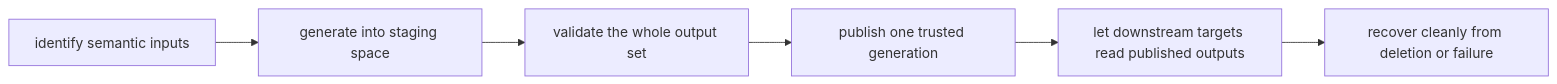
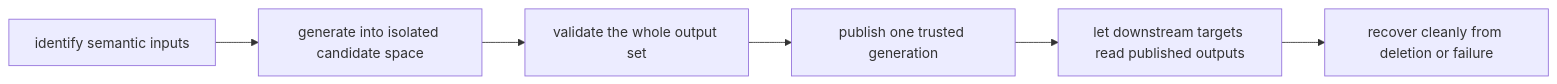
Before and after one commit to bijux/bijux-masterclass: the first of 2 diagrams in programs/reproducible-research/deep-dive-make/course-book/module-06-generated-files-multi-output-pipeline-boundaries/exercises.md, drawn with Mermaid. The commit also changed other lines of this file, not shown here.

````diff
--- a/programs/reproducible-research/deep-dive-make/course-book/module-06-generated-files-multi-output-pipeline-boundaries/exercises.md
+++ b/programs/reproducible-research/deep-dive-make/course-book/module-06-generated-files-multi-output-pipeline-boundaries/exercises.md
@@ -71,11 +76,11 @@
 ```mermaid
 flowchart LR
   inputs["identify semantic inputs"]
-  stage["generate into staging space"]
+  stage["generate into isolated candidate space"]
   validate["validate the whole output set"]
   publish["publish one trusted generation"]
   consume["let downstream targets read published outputs"]
   recover["recover cleanly from deletion or failure"]
 
   inputs --> stage --> validate --> publish --> consume --> recover
 ```
````
